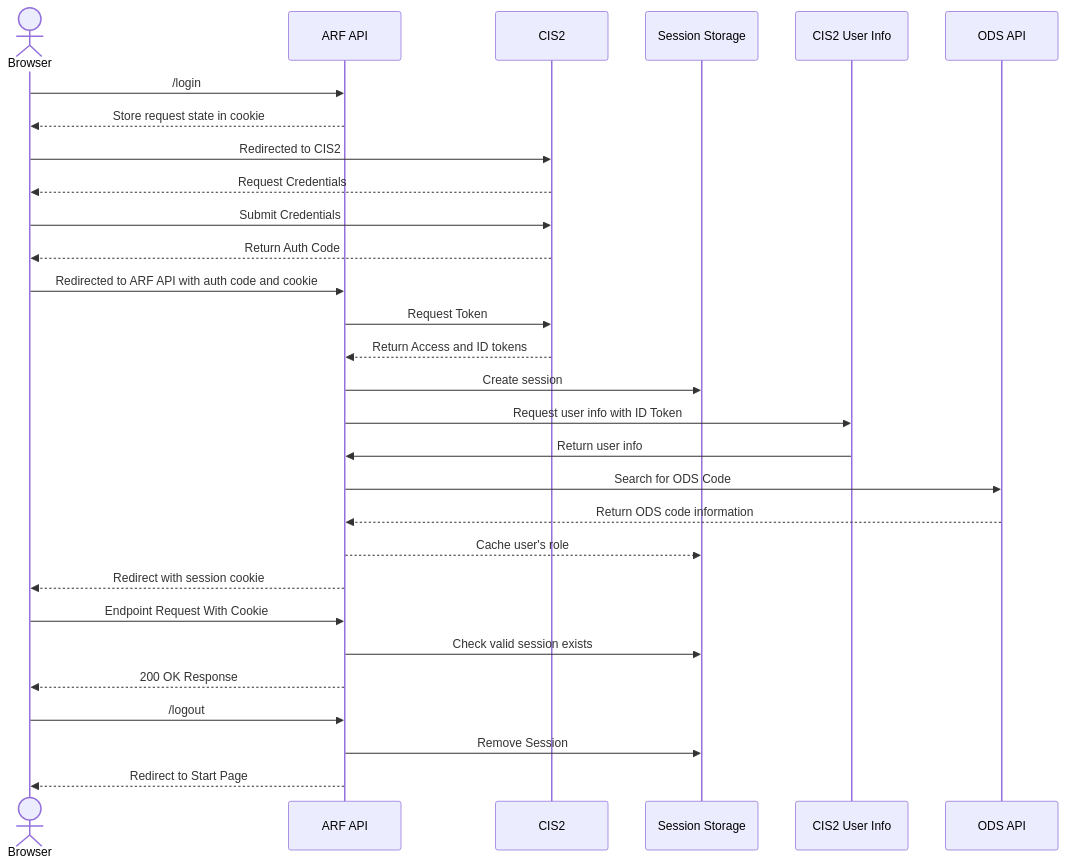
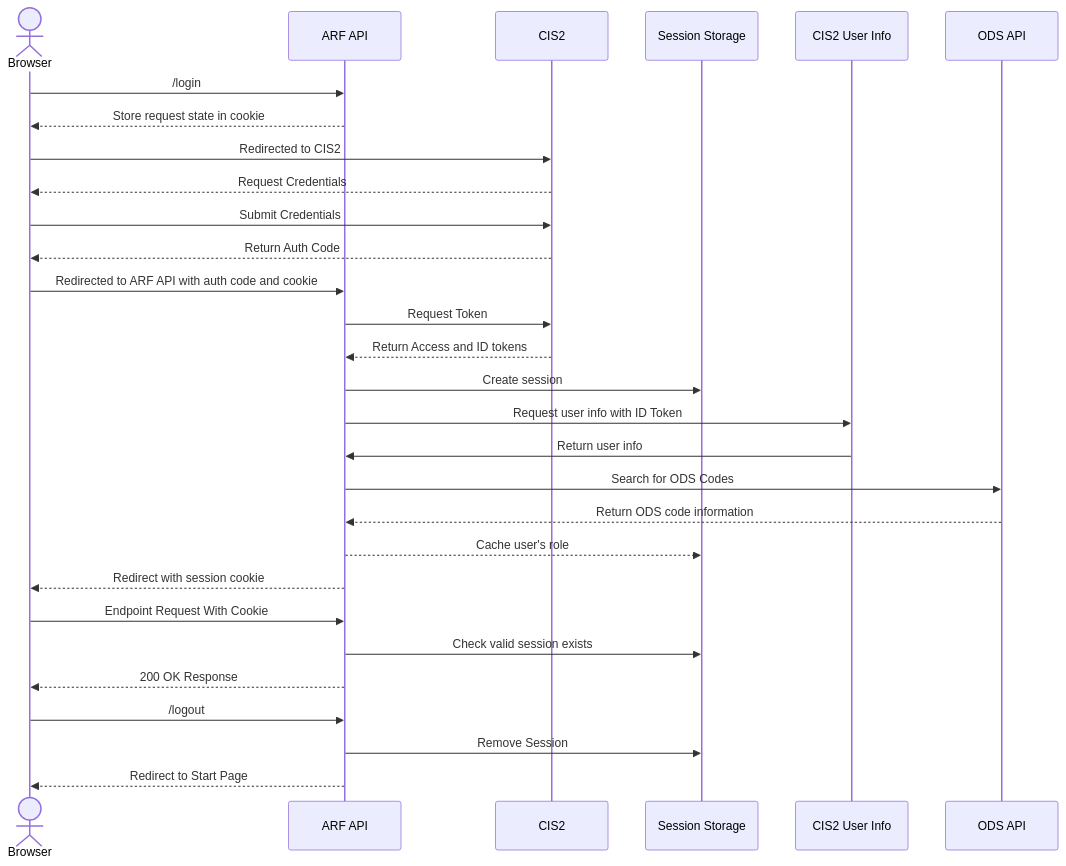
The second of 3 diagrams in docs/diagrams/sequence/auth.md (nhsconnect/document-store-prototype), drawn with Mermaid before and after one commit. The commit also changed 7 other files, not shown here.

````diff
--- a/docs/diagrams/sequence/auth.md
+++ b/docs/diagrams/sequence/auth.md
@@ -39,26 +39,26 @@
 ```mermaid
 sequenceDiagram
     actor Browser
     Browser ->> ARF API : /login
     ARF API -->> Browser: Store request state in cookie
     Browser ->> CIS2 : Redirected to CIS2
     CIS2 -->> Browser  : Request Credentials
     Browser ->> CIS2 : Submit Credentials
     CIS2 -->> Browser : Return Auth Code
     Browser ->> ARF API: Redirected to ARF API with auth code and cookie 
     ARF API ->> CIS2 : Request Token
     CIS2 -->> ARF API : Return Access and ID tokens
     ARF API ->> Session Storage : Create session
     ARF API ->> CIS2 User Info : Request user info with ID Token
     CIS2 User Info ->> ARF API : Return user info
-    ARF API ->> ODS API : Search for ODS Code
+    ARF API ->> ODS API : Search for ODS Codes
     ODS API -->> ARF API : Return ODS code information
     ARF API -->> Session Storage : Cache user's role 
     ARF API -->> Browser : Redirect with session cookie
     Browser ->> ARF API : Endpoint Request With Cookie
     ARF API ->> Session Storage : Check valid session exists
     ARF API -->> Browser : 200 OK Response
     Browser ->> ARF API : /logout
     ARF API ->> Session Storage : Remove Session
     ARF API -->> Browser : Redirect to Start Page
 ```
````
